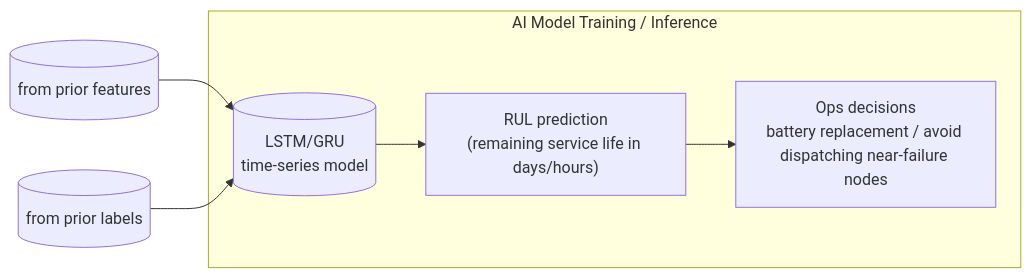
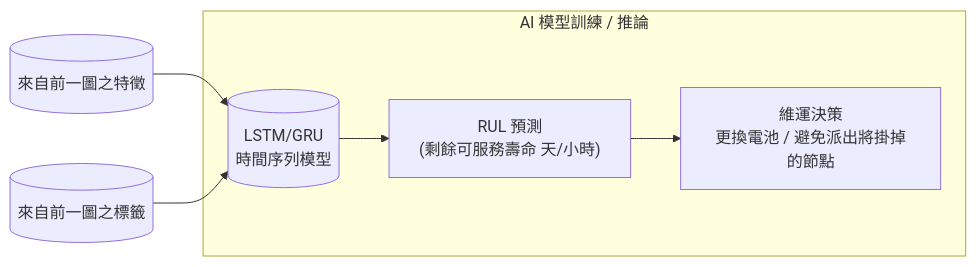
Before and after one commit to jshuo/ai-moea-proposal: the fourth of 10 diagrams in proposal/AI-Application-Enhancement-Program-Proposal-Submission.md, drawn with Mermaid. The commit also changed other lines of this file, not shown here.

````diff
--- a/proposal/AI-Application-Enhancement-Program-Proposal-Submission.md
+++ b/proposal/AI-Application-Enhancement-Program-Proposal-Submission.md
@@ -611,13 +646,13 @@
-  ```mermaid
-  flowchart LR
-    subgraph Model ["AI Model Training / Inference"]
-      LSTM[("LSTM/GRU<br/>time-series model")]
-      PRED["RUL prediction<br/>(remaining service life in days/hours)"]
-      ALERT["Ops decisions<br/>battery replacement / avoid dispatching near-failure nodes"]
-    end
+```mermaid
+flowchart LR
+  subgraph Model ["AI 模型訓練 / 推論"]
+    LSTM[("LSTM/GRU<br/>時間序列模型")]
+    PRED["RUL 預測<br/>(剩餘可服務壽命 天/小時)"]
+    ALERT["維運決策<br/>更換電池 / 避免派出將掛掉的節點"]
+  end
 
-    LSTM_INPUT[(from prior features)] --> LSTM
-    LSTM_LABEL[(from prior labels)] --> LSTM
-    LSTM --> PRED
-    PRED --> ALERT
-  ```
+  LSTM_INPUT[(來自前一圖之特徵)] --> LSTM
+  LSTM_LABEL[(來自前一圖之標籤)] --> LSTM
+  LSTM --> PRED
+  PRED --> ALERT
+```
````
